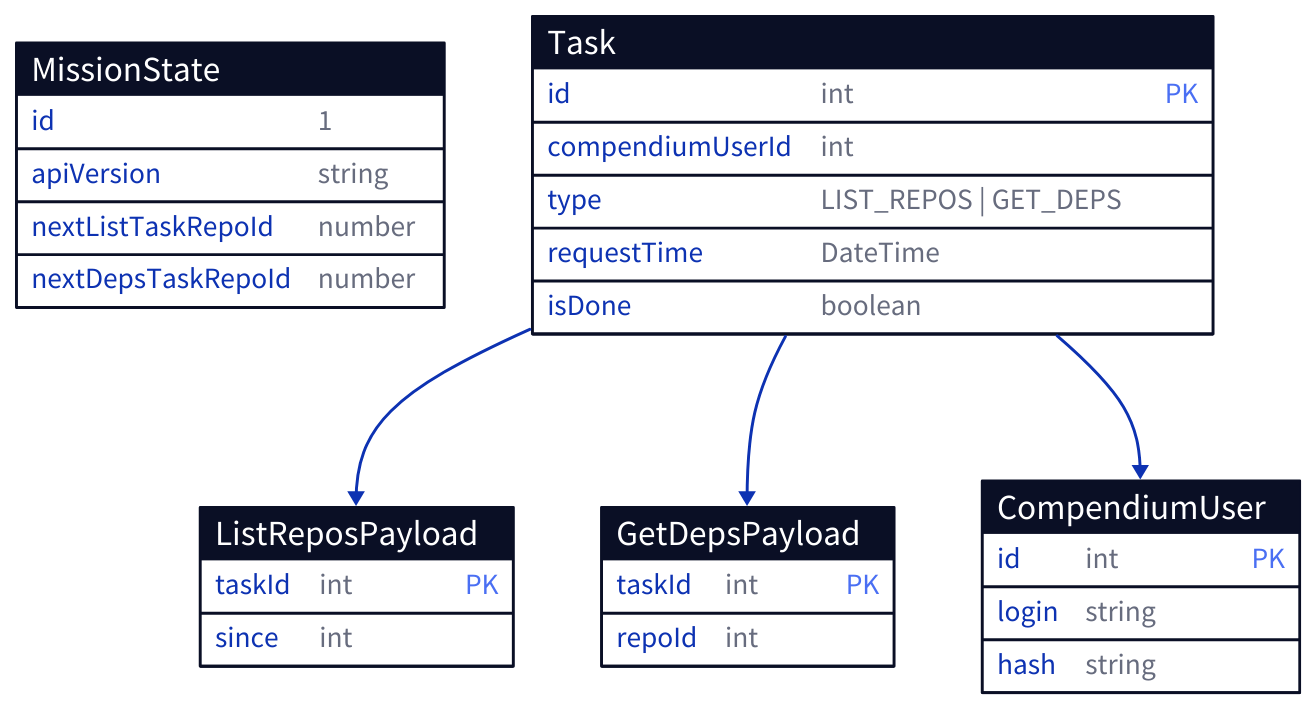
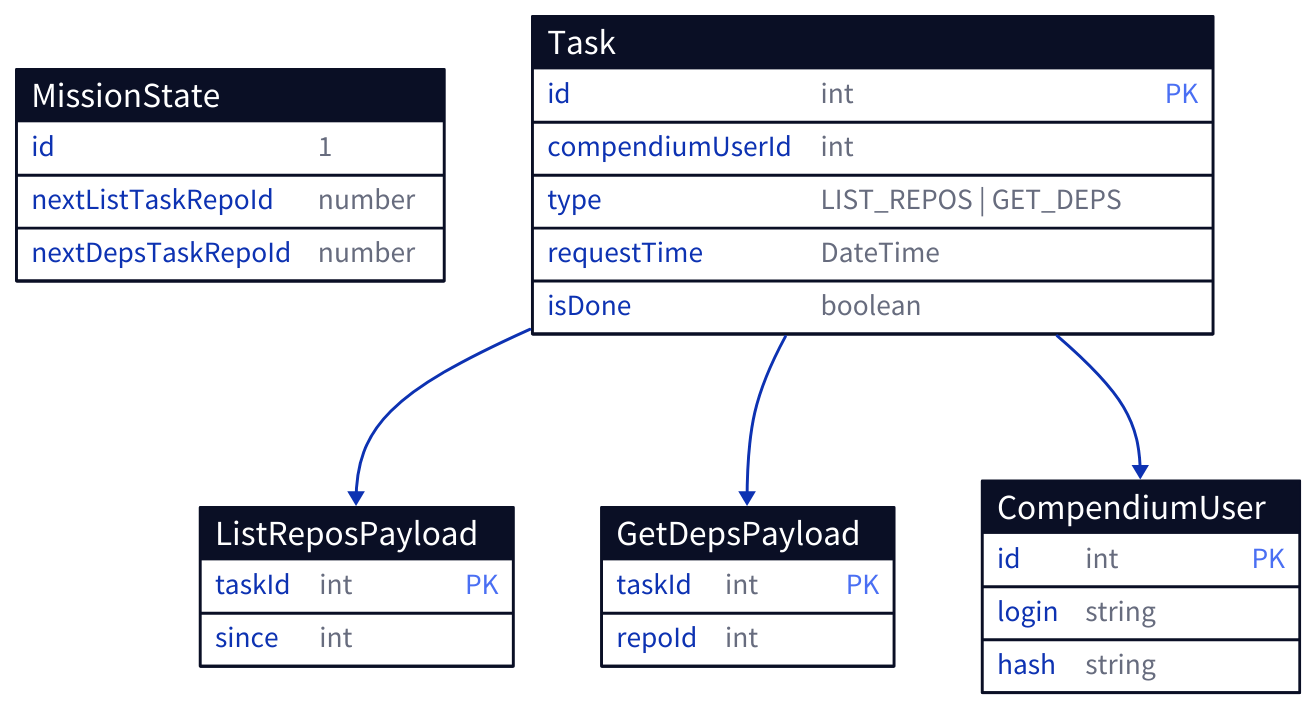
One commit to akondratsky/compendium-temple changed the diagram in docs/database.d2. Above: the diagram before and after it, drawn with D2. The commit also changed 9 other files, not shown here.

```diff
--- a/docs/database.d2
+++ b/docs/database.d2
@@ -1,39 +1,38 @@
 CompendiumUser {
   shape: sql_table
   id: int { constraint: primary_key }
   login: string
   hash: string
 }
 
 MissionState {
   id: 1
   shape: sql_table
-  apiVersion: string
   nextListTaskRepoId: number
   nextDepsTaskRepoId: number
 }
 
 Task {
   shape: sql_table
   id: int { constraint: primary_key }
   compendiumUserId: int
   type: LIST_REPOS | GET_DEPS
   requestTime: DateTime
   isDone: boolean
 }
 
 ListReposPayload {
   shape: sql_table
   taskId: int { constraint: primary_key }
   since: int
 }
 
 GetDepsPayload {
   shape: sql_table
   taskId: int { constraint: primary_key }
   repoId: int
 }
 
 Task -> ListReposPayload
 Task -> GetDepsPayload
 Task -> CompendiumUser
```
